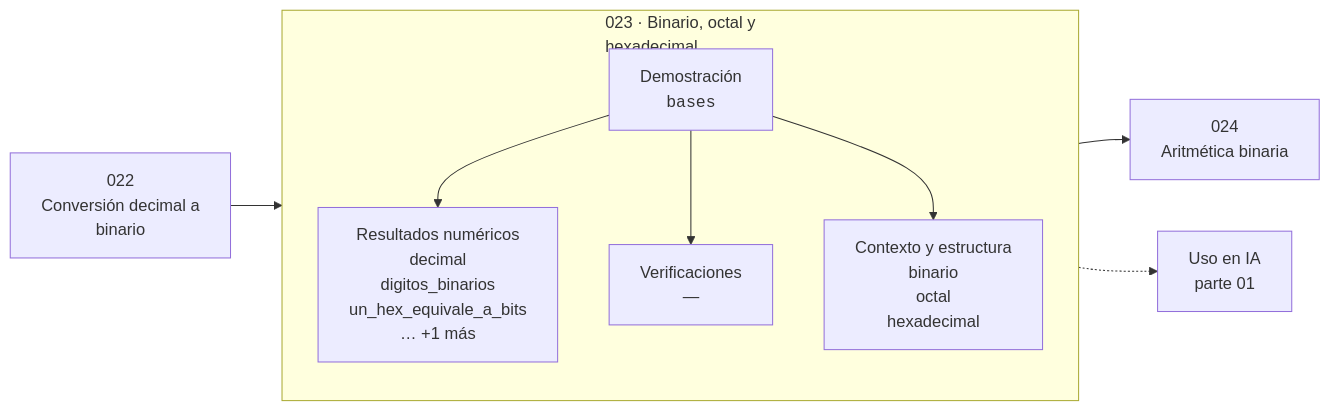
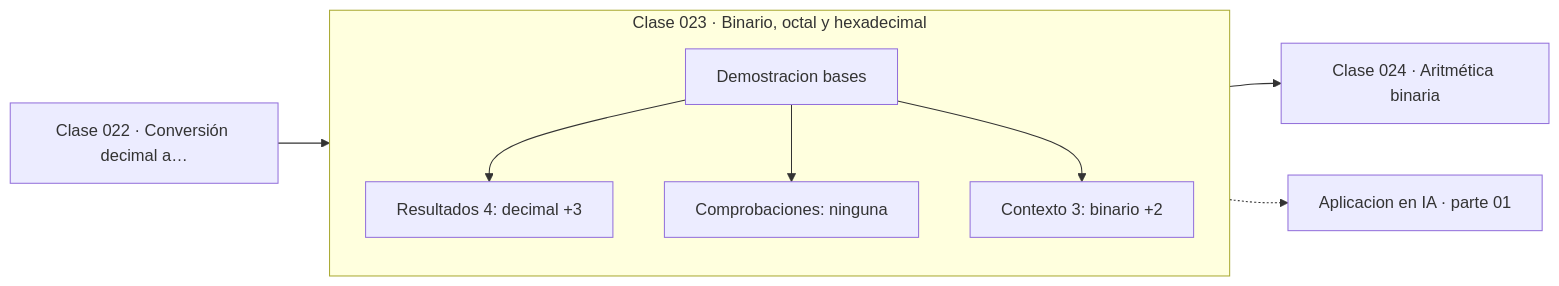
Before and after one commit to vladimiracunadev-create/computational-mathematics-program: the diagram in classes/part-01-aritmetica-computacional-y-representacion-numerica/023-binario-octal-y-hexadecimal/README.md, drawn with Mermaid. The commit also changed 389 other files, not shown here.

First line of the commit message:
fix(diagramas): elimina el HTML de las etiquetas Mermaid

````diff
--- a/classes/part-01-aritmetica-computacional-y-representacion-numerica/023-binario-octal-y-hexadecimal/README.md
+++ b/classes/part-01-aritmetica-computacional-y-representacion-numerica/023-binario-octal-y-hexadecimal/README.md
@@ -35,12 +35,13 @@
 ```mermaid
 flowchart LR
-    P["022<br/>Conversión decimal a<br/>binario"] --> C
-    subgraph C["023 · Binario, octal y<br/>hexadecimal"]
+    P["Clase 022 · Conversión decimal a…"] --> D
+    subgraph CLASE["Clase 023 · Binario, octal y hexadecimal"]
         direction TB
-        D["Demostración<br/><code>bases</code>"] --> R["Resultados numéricos<br/>decimal<br/>digitos_binarios<br/>un_hex_equivale_a_bits<br/>… +1 más"]
-        D --> V["Verificaciones<br/>—"]
-        D --> O["Contexto y estructura<br/>binario<br/>octal<br/>hexadecimal"]
+        D["Demostracion bases"]
+        D --> R["Resultados 4: decimal +3"]
+        D --> V["Comprobaciones: ninguna"]
+        D --> O["Contexto 3: binario +2"]
     end
-    C --> N["024<br/>Aritmética binaria"]
-    C -.-> IA["Uso en IA<br/>parte 01"]
+    R --> N["Clase 024 · Aritmética binaria"]
+    V -.-> IA["Aplicacion en IA · parte 01"]
 ```
````
